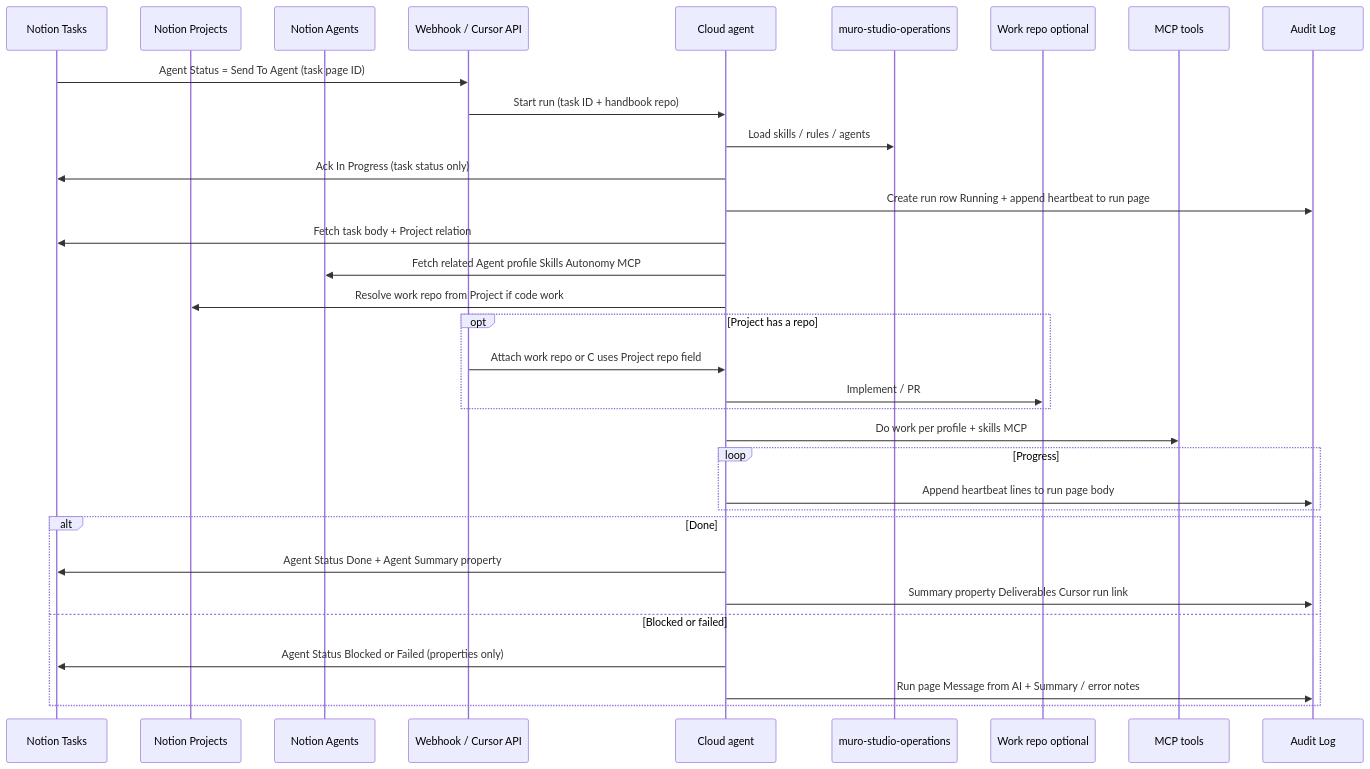
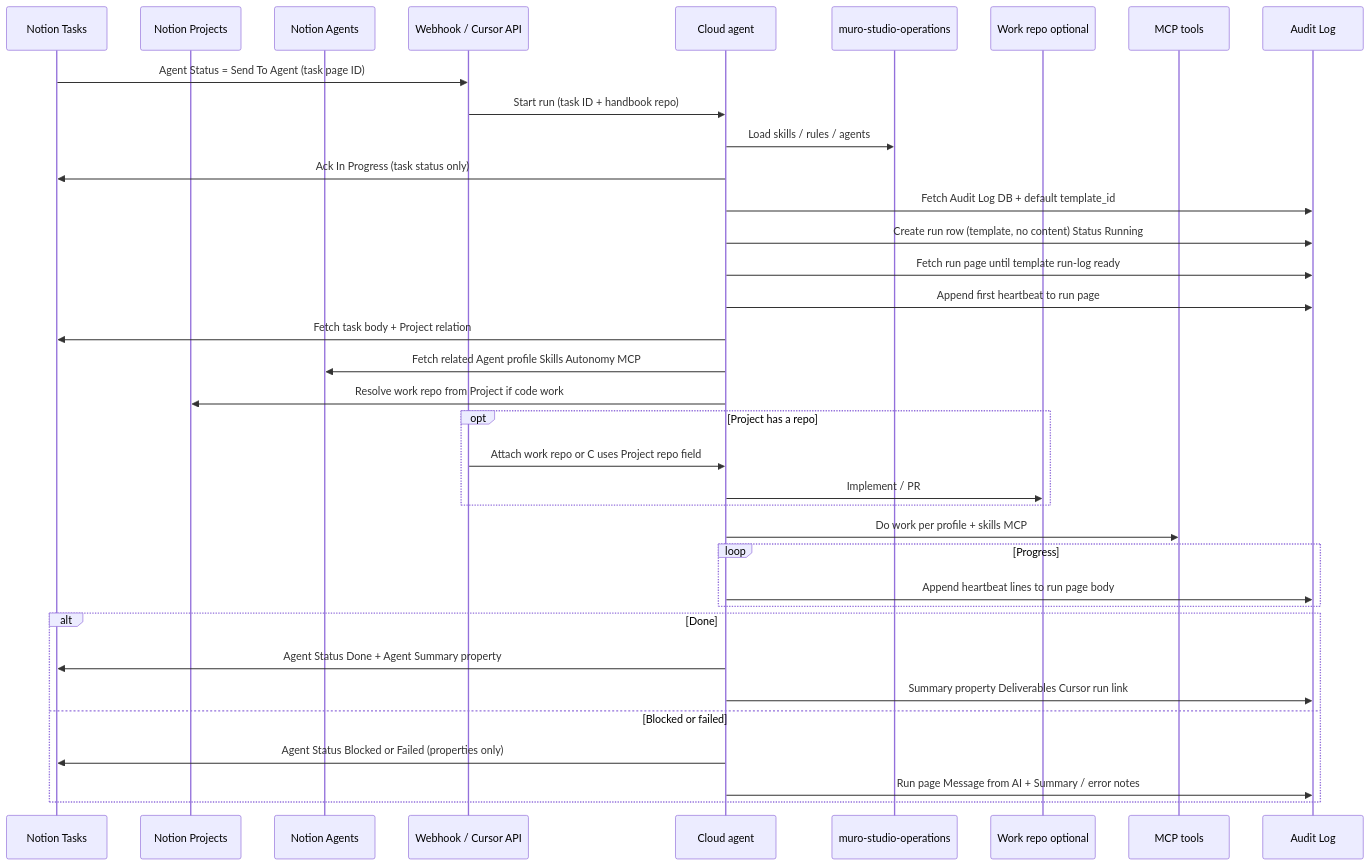
One commit to elimuro/muro-studio-operations changed the diagram in docs/handoff-sequence.md. Above: the diagram before and after it, drawn with Mermaid. The commit also changed 4 other files, not shown here.

First line of the commit message:
docs: use Audit Log DB default template for new runs (#3)

````diff
--- a/docs/handoff-sequence.md
+++ b/docs/handoff-sequence.md
@@ -5,36 +5,39 @@
 ```mermaid
 sequenceDiagram
   participant N as Notion Tasks
   participant P as Notion Projects
   participant A as Notion Agents
   participant W as Webhook / Cursor API
   participant C as Cloud agent
   participant H as muro-studio-operations
   participant R as Work repo optional
   participant T as MCP tools
   participant L as Audit Log
 
   N->>W: Agent Status = Send To Agent (task page ID)
   W->>C: Start run (task ID + handbook repo)
   C->>H: Load skills / rules / agents
   C->>N: Ack In Progress (task status only)
-  C->>L: Create run row Running + append heartbeat to run page
+  C->>L: Fetch Audit Log DB + default template_id
+  C->>L: Create run row (template, no content) Status Running
+  C->>L: Fetch run page until template run-log ready
+  C->>L: Append first heartbeat to run page
   C->>N: Fetch task body + Project relation
   C->>A: Fetch related Agent profile Skills Autonomy MCP
   C->>P: Resolve work repo from Project if code work
   opt Project has a repo
     W->>C: Attach work repo or C uses Project repo field
     C->>R: Implement / PR
   end
   C->>T: Do work per profile + skills MCP
   loop Progress
     C->>L: Append heartbeat lines to run page body
   end
   alt Done
     C->>N: Agent Status Done + Agent Summary property
     C->>L: Summary property Deliverables Cursor run link
   else Blocked or failed
     C->>N: Agent Status Blocked or Failed (properties only)
     C->>L: Run page Message from AI + Summary / error notes
   end
 ```
````
